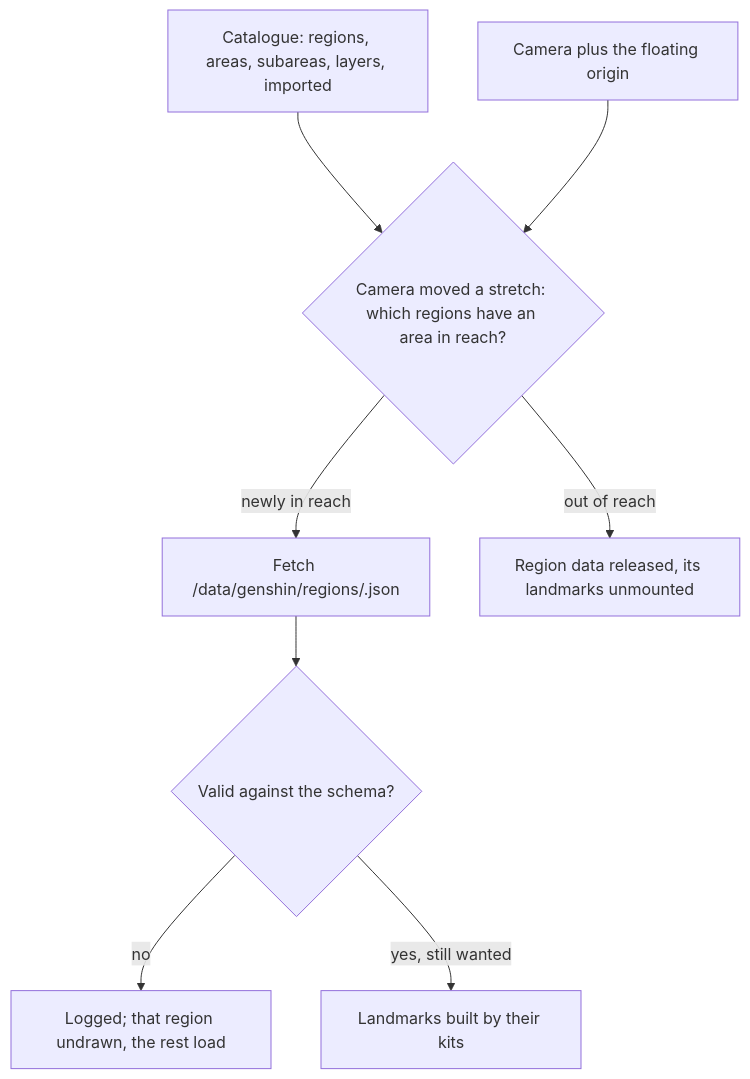
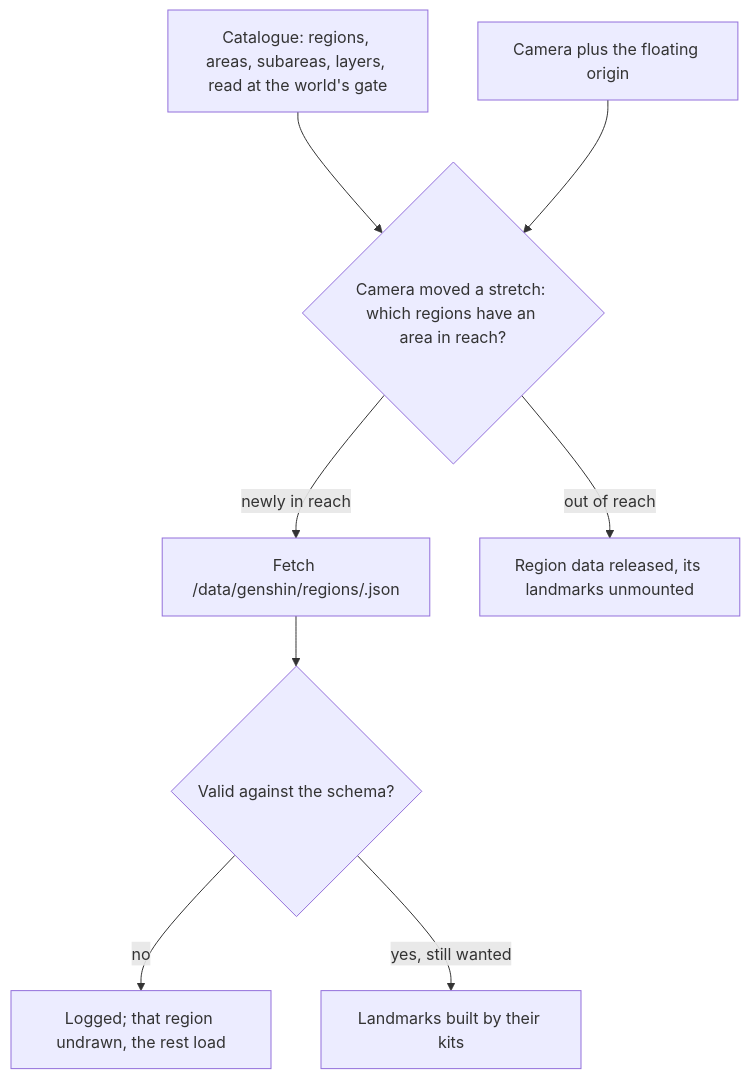
Before and after one commit to Esposter/Esposter: the diagram in apps/web/content/docs/genshin/world-map.md, drawn with Mermaid. The commit also changed other lines of this file and 17 other files, not shown here.

First line of the commit message:
docs(genshin): the world's gate reads the ground, catalogue and animals, the session hands the one ground down, and each terrain worker is loaded with its ground before its first tile

````diff
--- a/apps/web/content/docs/genshin/world-map.md
+++ b/apps/web/content/docs/genshin/world-map.md
@@ -12,10 +12,10 @@
 ```mermaid
 flowchart TD
-  CAT[Catalogue: regions, areas, subareas, layers, imported] --> R{Camera moved a stretch: which regions have an area in reach?}
+  CAT[Catalogue: regions, areas, subareas, layers, read at the world's gate] --> R{Camera moved a stretch: which regions have an area in reach?}
   CAM[Camera plus the floating origin] --> R
   R -->|newly in reach| F["Fetch /data/genshin/regions/<region>.json"]
   F --> Z{Valid against the schema?}
   Z -->|no| ERR[Logged; that region undrawn, the rest load]
   Z -->|yes, still wanted| USE[Landmarks built by their kits]
   R -->|out of reach| DROP[Region data released, its landmarks unmounted]
 ```
````
